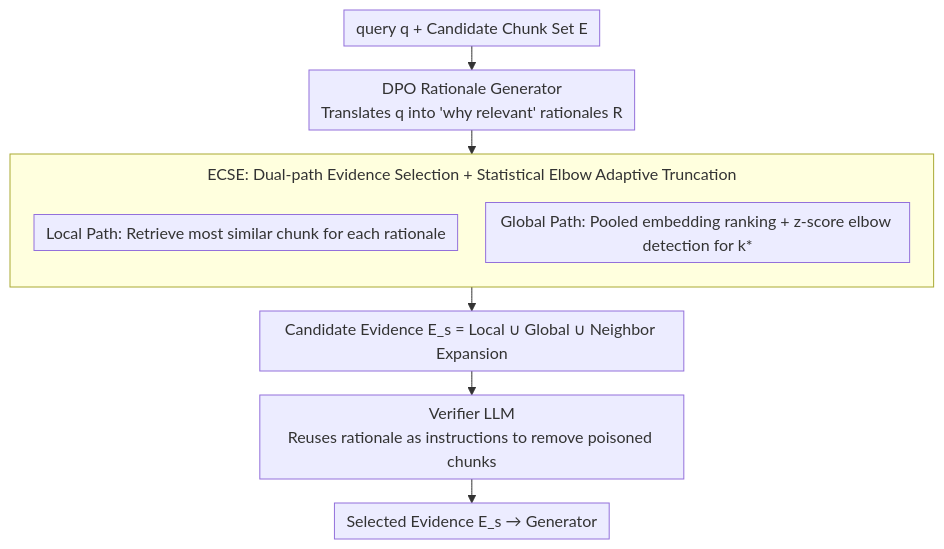
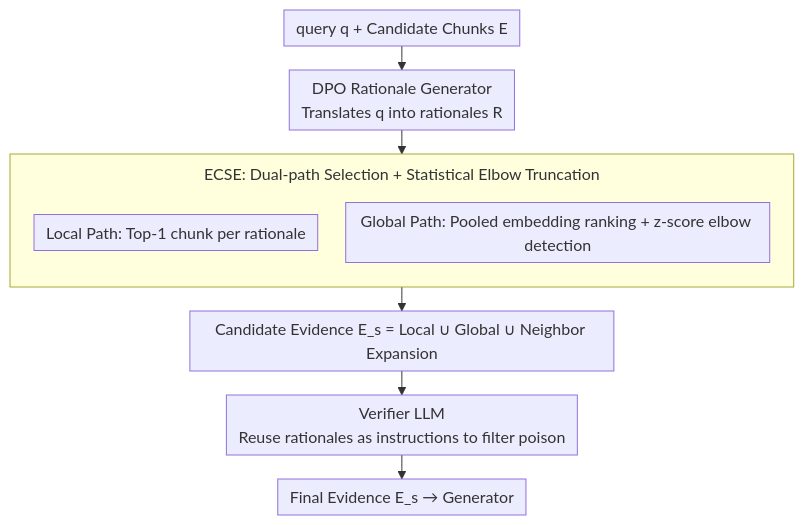
The diagram in docs/ICML2026/information_retrieval/ranking_free_rag_replacing_re-ranking_with_selection_in_rag_for_sensitive_domain.md (zhaoyang97/Paper-Notes-en), drawn with Mermaid before and after one commit. The commit also changed other lines of this file and 5084 other files, not shown here.

````diff
--- a/docs/ICML2026/information_retrieval/ranking_free_rag_replacing_re-ranking_with_selection_in_rag_for_sensitive_domain.md
+++ b/docs/ICML2026/information_retrieval/ranking_free_rag_replacing_re-ranking_with_selection_in_rag_for_sensitive_domain.md
@@ -44,14 +44,14 @@
 ```mermaid
 %%{init: {'flowchart': {'rankSpacing': 24, 'nodeSpacing': 28, 'padding': 6, 'wrappingWidth': 400, 'subGraphTitleMargin': {'top': 8, 'bottom': 16}}}}%%
 flowchart TD
-    A["query q + Candidate Chunk Set E"] --> B["DPO Rationale Generator<br/>Translates q into 'why relevant' rationales R"]
-    subgraph ECSE["ECSE: Dual-path Evidence Selection + Statistical Elbow Adaptive Truncation"]
+    A["query q + Candidate Chunks E"] --> B["DPO Rationale Generator<br/>Translates q into rationales R"]
+    subgraph ECSE["ECSE: Dual-path Selection + Statistical Elbow Truncation"]
         direction TB
-        L["Local Path: Retrieve most similar chunk for each rationale"]
-        G["Global Path: Pooled embedding ranking + z-score elbow detection for k*"]
+        L["Local Path: Top-1 chunk per rationale"]
+        G["Global Path: Pooled embedding ranking + z-score elbow detection"]
     end
     B --> ECSE
     ECSE --> D["Candidate Evidence E_s = Local ∪ Global ∪ Neighbor Expansion"]
-    D --> V["Verifier LLM<br/>Reuses rationale as instructions to remove poisoned chunks"]
-    V --> O["Selected Evidence E_s → Generator"]
+    D --> V["Verifier LLM<br/>Reuse rationales as instructions to filter poison"]
+    V --> O["Final Evidence E_s → Generator"]
 ```
````
